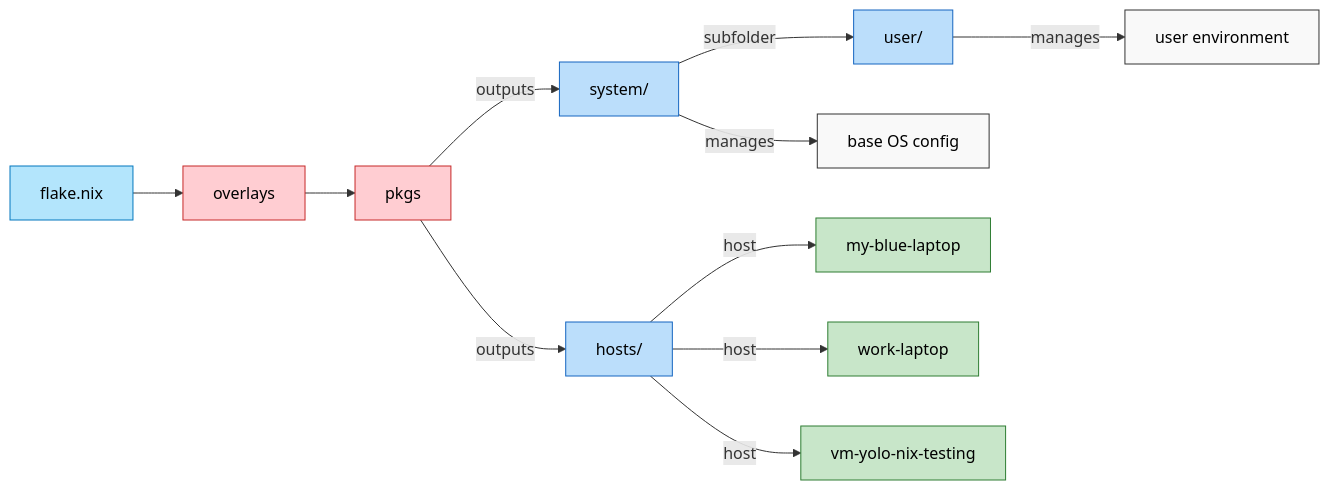
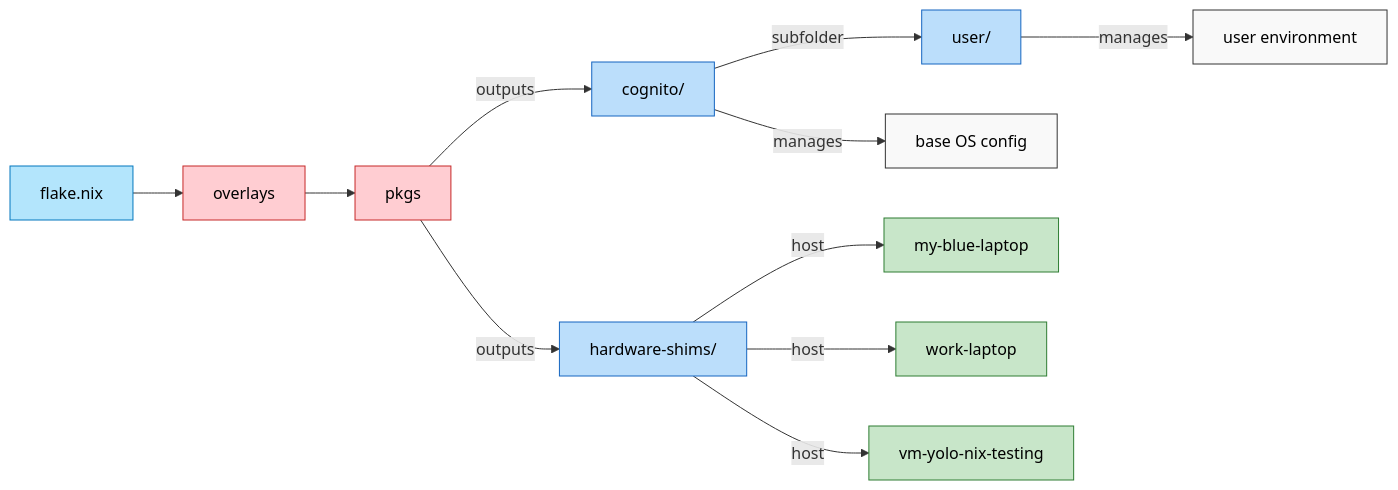
One commit to zitongcharliedeng/cognito changed the diagram in README.md. Above: the diagram before and after it, drawn with Mermaid. The commit also changed other lines of this file, not shown here.

````diff
--- a/README.md
+++ b/README.md
@@ -5,32 +5,32 @@
 ```mermaid
 flowchart LR
     A[flake.nix] --> B[overlays]
     B --> C[pkgs]
 
-    C -->|outputs| D[system/]
+    C -->|outputs| D[cognito/]
     D -->|subfolder| E[user/]
-    C -->|outputs| G[hosts/]
+    C -->|outputs| G[hardware-shims/]
 
     D -->|manages| H[base OS config]
     E -->|manages| I[user environment]
     G -->|host| K[my-blue-laptop]
     G -->|host| L[work-laptop]
     G -->|host| M[vm-yolo-nix-testing]
 
     classDef default fill:#f9f9f9,stroke:#333,stroke-width:1px,color:#000;
     classDef source fill:#b3e5fc,stroke:#0277bd,color:#000;
     classDef pkg fill:#ffcdd2,stroke:#c62828,color:#000;
     classDef sys fill:#bbdefb,stroke:#1565c0,color:#000;
     classDef host fill:#c8e6c9,stroke:#2e7d32,color:#000;
     classDef feature fill:#f0e68c,stroke:#c0a000,color:#000;
 
     A:::source
     B:::pkg
     C:::pkg
     D:::sys
     E:::sys
     G:::sys
     K:::host
     L:::host
     M:::host
 ```
````
